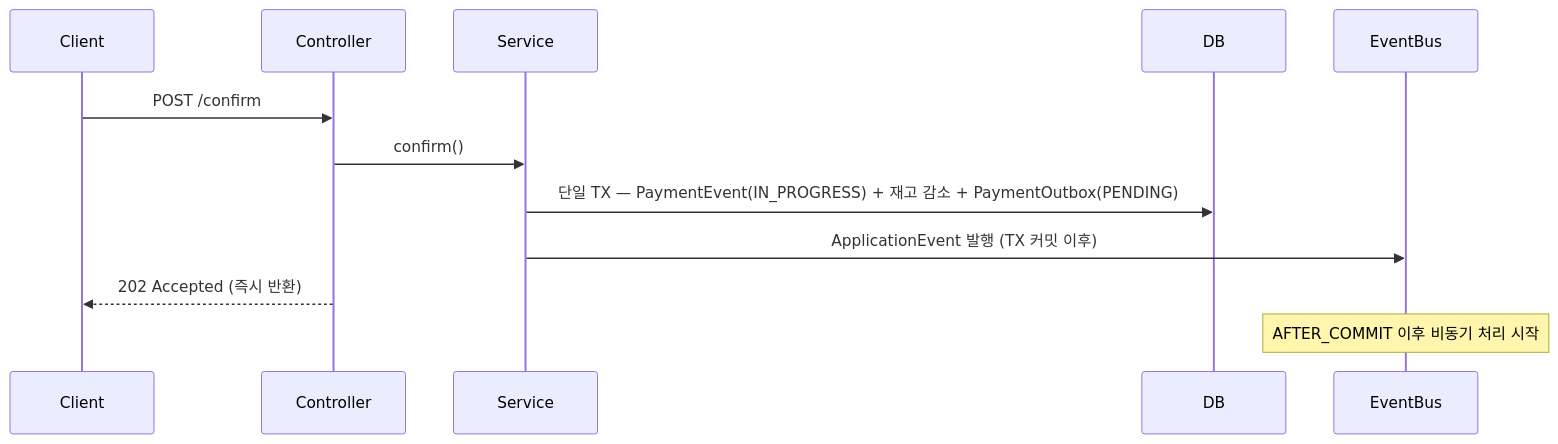
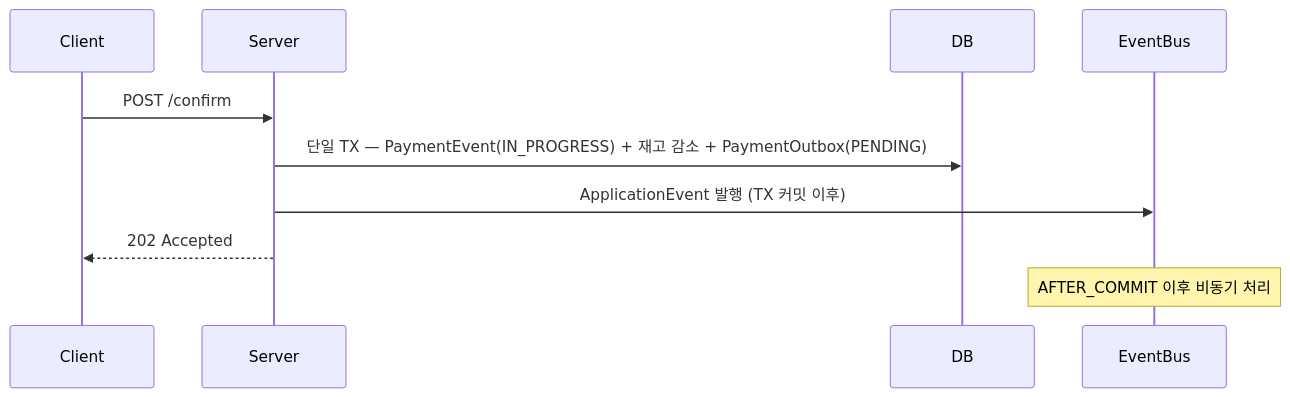
The third of 6 diagrams in docs/BENCHMARK-REPORT.md (hyoguoo/payment-platform), drawn with Mermaid before and after one commit. The commit also changed other lines of this file and 1 other file, not shown here.

````diff
--- a/docs/BENCHMARK-REPORT.md
+++ b/docs/BENCHMARK-REPORT.md
@@ -83,18 +88,13 @@
 ```mermaid
 sequenceDiagram
     participant Client
-    participant Controller
-    participant Service
+    participant Server
     participant DB
     participant EventBus
 
-    Client->>Controller: POST /confirm
-
-    Controller->>Service: confirm()
-    Service->>DB: 단일 TX — PaymentEvent(IN_PROGRESS) + 재고 감소 + PaymentOutbox(PENDING)
-    Service->>EventBus: ApplicationEvent 발행 (TX 커밋 이후)
-
-    Controller-->>Client: 202 Accepted (즉시 반환)
-
-    Note over EventBus: AFTER_COMMIT 이후 비동기 처리 시작
+    Client->>Server: POST /confirm
+    Server->>DB: 단일 TX — PaymentEvent(IN_PROGRESS) + 재고 감소 + PaymentOutbox(PENDING)
+    Server->>EventBus: ApplicationEvent 발행 (TX 커밋 이후)
+    Server-->>Client: 202 Accepted
+    Note over EventBus: AFTER_COMMIT 이후 비동기 처리
 ```
````
